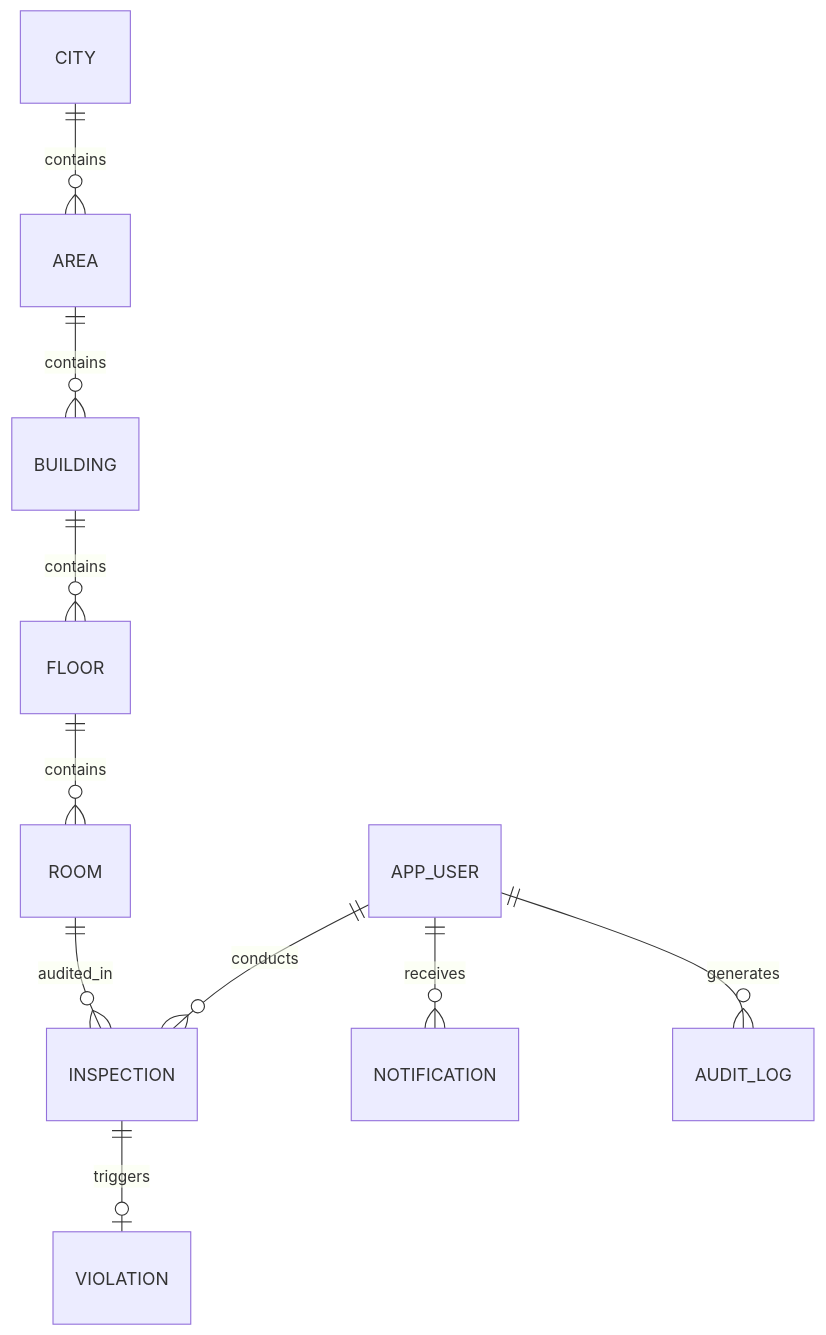
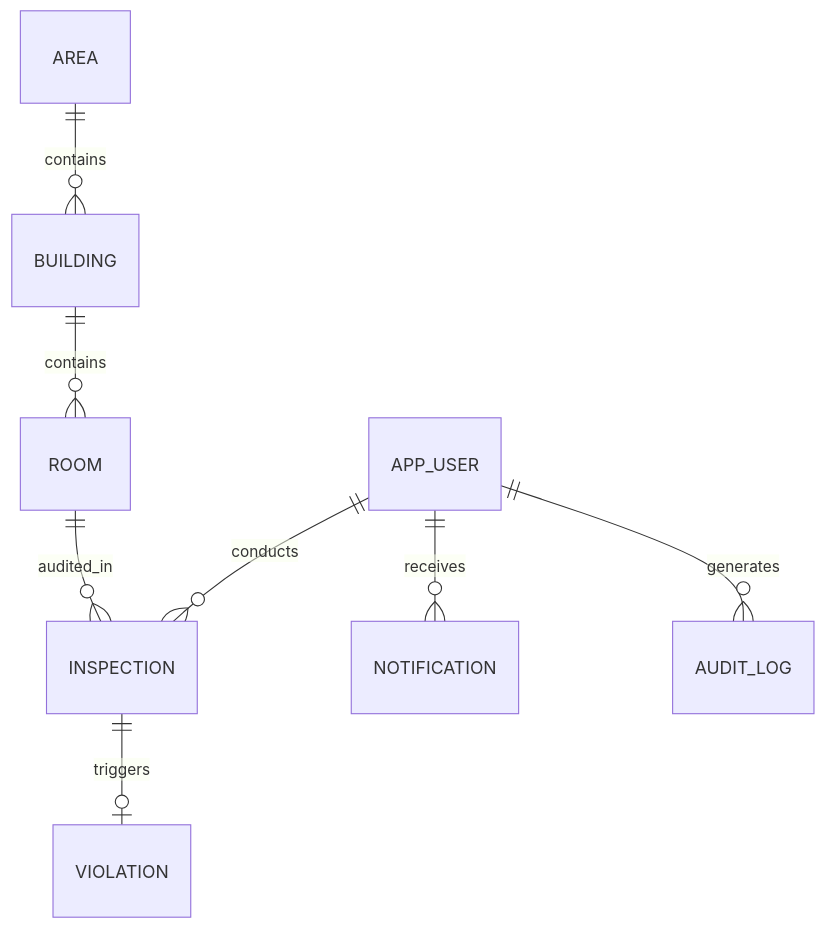
The diagram in DATABASE_DESIGN.md (Prashant124715/waste-watch), drawn with Mermaid before and after one commit. The commit also changed other lines of this file and 130 other files, not shown here.

````diff
--- a/DATABASE_DESIGN.md
+++ b/DATABASE_DESIGN.md
@@ -23,12 +23,10 @@
 ```mermaid
 erDiagram
-    CITY ||--o{ AREA : contains
     AREA ||--o{ BUILDING : contains
-    BUILDING ||--o{ FLOOR : contains
-    FLOOR ||--o{ ROOM : contains
+    BUILDING ||--o{ ROOM : contains
+    ROOM ||--o{ INSPECTION : audited_in
     APP_USER ||--o{ INSPECTION : conducts
-    ROOM ||--o{ INSPECTION : audited_in
     INSPECTION ||--o| VIOLATION : triggers
     APP_USER ||--o{ NOTIFICATION : receives
     APP_USER ||--o{ AUDIT_LOG : generates
 ```
````
